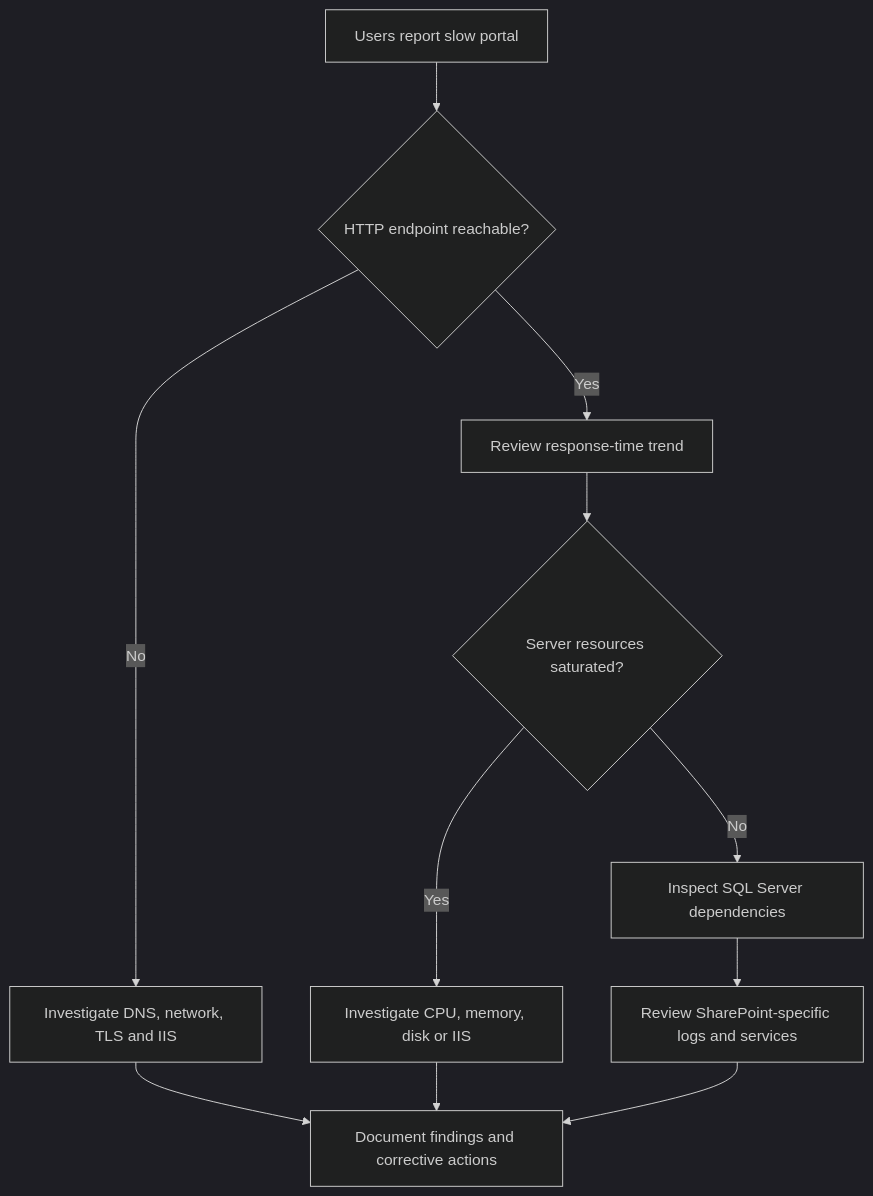
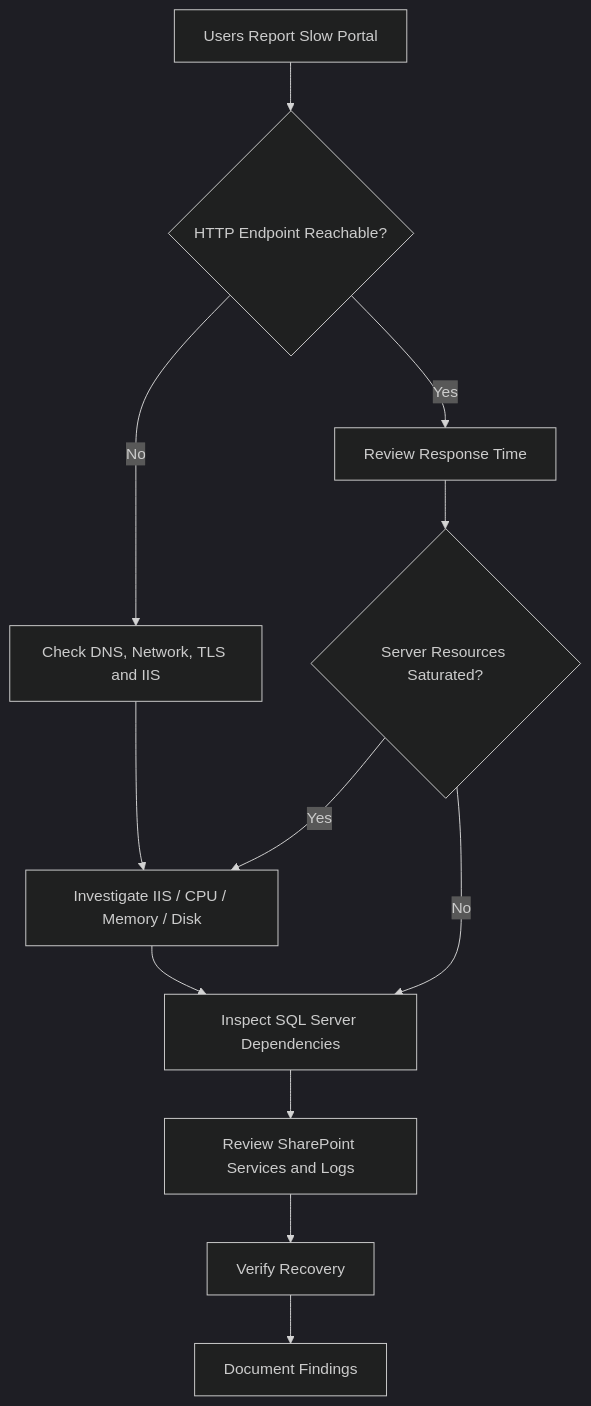
Before and after one commit to elahegivi/enterprise-infrastructure-monitoring: the second of 2 diagrams in docs/sharepoint-zabbix-configuration.md, drawn with Mermaid (dark theme). The commit also changed other lines of this file, not shown here.

Commit message:
Refine SharePoint Zabbix monitoring configuration

````diff
--- a/docs/sharepoint-zabbix-configuration.md
+++ b/docs/sharepoint-zabbix-configuration.md
@@ -169,23 +198,27 @@
 ```mermaid
 flowchart TD
-    A["Users report slow portal"]
-    B{"HTTP endpoint reachable?"}
-    C["Investigate DNS, network, TLS and IIS"]
-    D["Review response-time trend"]
-    E{"Server resources saturated?"}
-    F["Investigate CPU, memory, disk or IIS"]
-    G["Inspect SQL Server dependencies"]
-    H["Review SharePoint-specific logs and services"]
-    I["Document findings and corrective actions"]
+    A["Users Report Slow Portal"]
+    B{"HTTP Endpoint Reachable?"}
+    C["Check DNS, Network, TLS and IIS"]
+    D["Review Response Time"]
+    E{"Server Resources Saturated?"}
+    F["Investigate IIS / CPU / Memory / Disk"]
+    G["Inspect SQL Server Dependencies"]
+    H["Review SharePoint Services and Logs"]
+    I["Verify Recovery"]
+    J["Document Findings"]
 
     A --> B
     B -->|No| C
     B -->|Yes| D
+
+    C --> F
     D --> E
     E -->|Yes| F
     E -->|No| G
+
+    F --> G
     G --> H
-    C --> I
-    F --> I
     H --> I
+    I --> J
 ```
````
